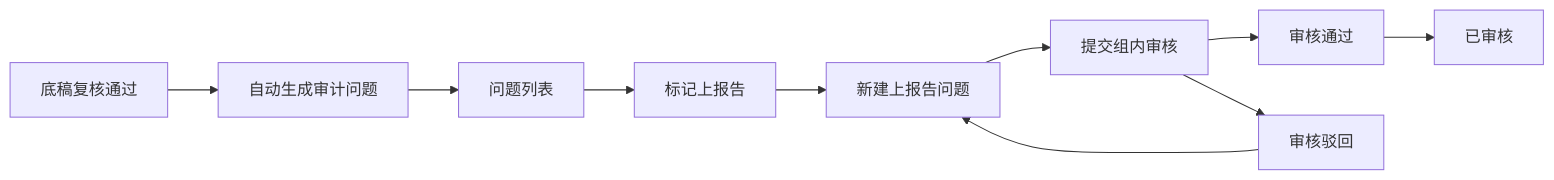
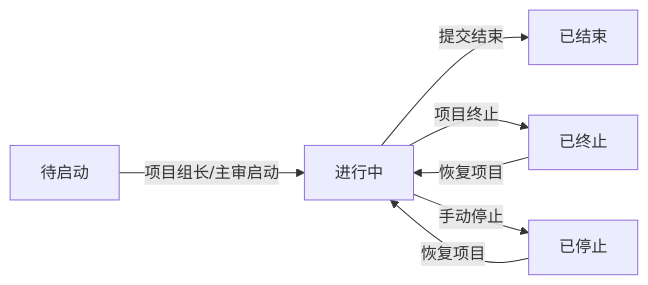
One commit to loengchiu/ShitPM2 changed the third of 7 diagrams in test-fixture/output/prd/prd.md. Above: the diagram before and after it, drawn with Mermaid. The commit also changed other lines of this file and 19 other files, not shown here.

````diff
--- a/test-fixture/output/prd/prd.md
+++ b/test-fixture/output/prd/prd.md
@@ -616,12 +244,9 @@
 ```mermaid
 flowchart LR
-    A[底稿复核通过] --> B[自动生成审计问题]
-    B --> C[问题列表]
-    C --> D[标记上报告]
-    D --> E[新建上报告问题]
-    E --> F[提交组内审核]
-    F --> G[审核通过]
-    F --> H[审核驳回]
-    G --> I[已审核]
-    H --> E
+    A[待启动] -->|项目组长/主审启动| B[进行中]
+    B -->|提交结束| C[已结束]
+    B -->|项目终止| D[已终止]
+    B -->|手动停止| E[已停止]
+    D -->|恢复项目| B
+    E -->|恢复项目| B
 ```
````
